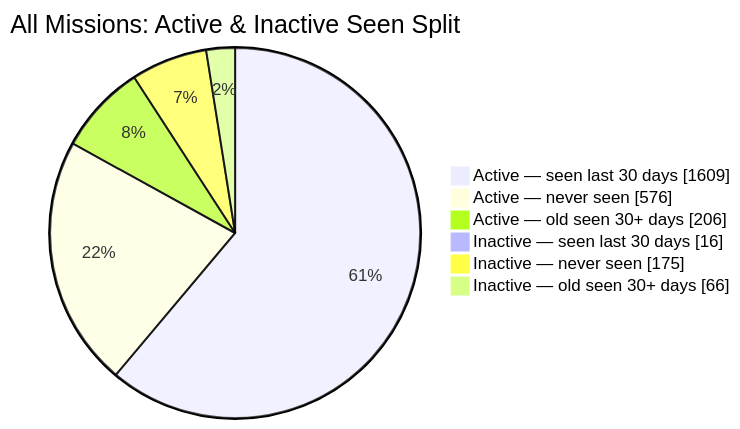
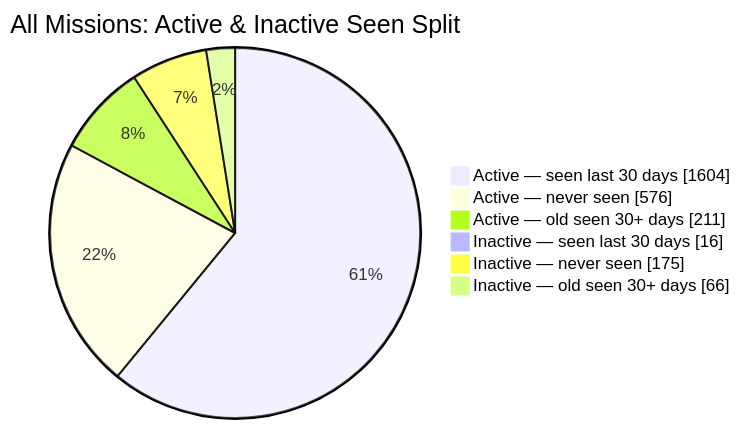
One commit to MeldkamerspelGameTeam/active-missions changed the second of 2 diagrams in README.md. Above: the diagram before and after it, drawn with Mermaid. The commit also changed other lines of this file and 3 other files, not shown here.

````diff
--- a/README.md
+++ b/README.md
@@ -44,10 +44,10 @@
 ```mermaid
 pie showData
     title All Missions: Active & Inactive Seen Split
-    "Active — seen last 30 days" : 1609
+    "Active — seen last 30 days" : 1604
     "Active — never seen" : 576
-    "Active — old seen 30+ days" : 206
+    "Active — old seen 30+ days" : 211
     "Inactive — seen last 30 days" : 16
     "Inactive — never seen" : 175
     "Inactive — old seen 30+ days" : 66
 ```
````
